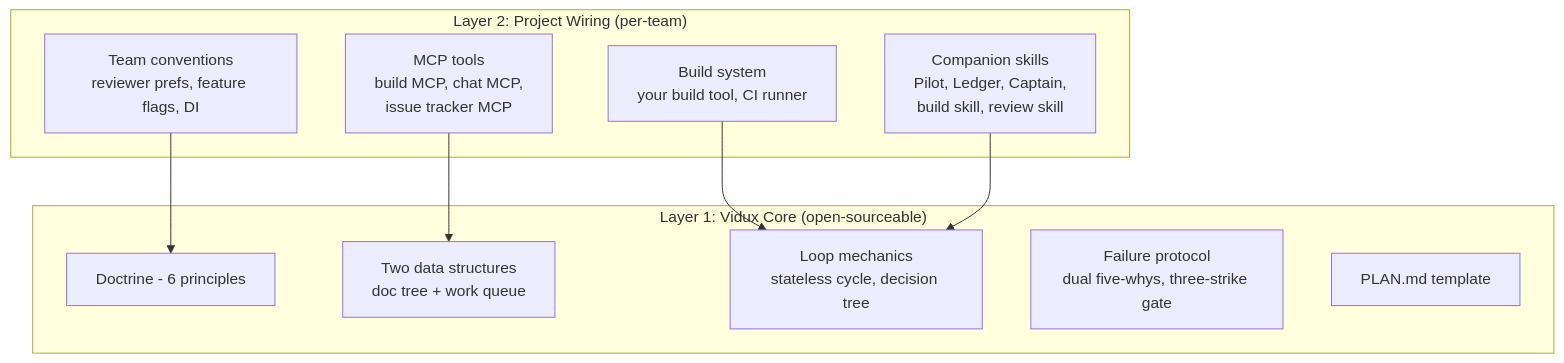
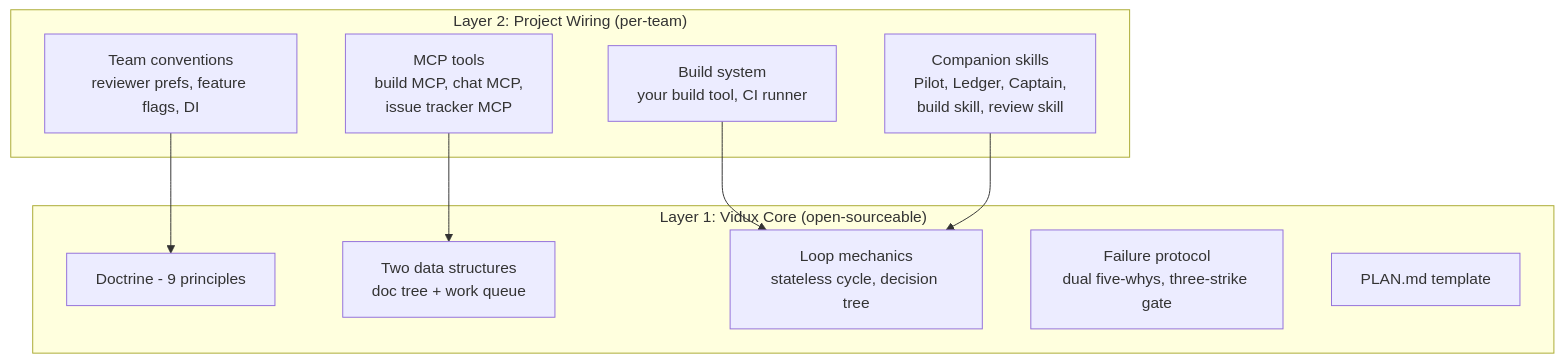
Before and after one commit to leojkwan/vidux: the fifth of 6 diagrams in guides/vidux/architecture.md, drawn with Mermaid. The commit also changed other lines of this file and 5 other files, not shown here.

````diff
--- a/guides/vidux/architecture.md
+++ b/guides/vidux/architecture.md
@@ -274,20 +274,20 @@
 ```mermaid
 graph TB
     subgraph "Layer 2: Project Wiring (per-team)"
         W1[MCP tools<br/>build MCP, chat MCP,<br/>issue tracker MCP]
         W2[Build system<br/>your build tool, CI runner]
         W3[Team conventions<br/>reviewer prefs, feature flags, DI]
         W4[Companion skills<br/>Pilot, Ledger, Captain,<br/>build skill, review skill]
     end
     subgraph "Layer 1: Vidux Core (open-sourceable)"
-        C1[Doctrine - 6 principles]
+        C1[Doctrine - 9 principles]
         C2[Two data structures<br/>doc tree + work queue]
         C3[Loop mechanics<br/>stateless cycle, decision tree]
         C4[Failure protocol<br/>dual five-whys, three-strike gate]
         C5[PLAN.md template]
     end
     W1 --> C2
     W2 --> C3
     W3 --> C1
     W4 --> C3
 ```
````
